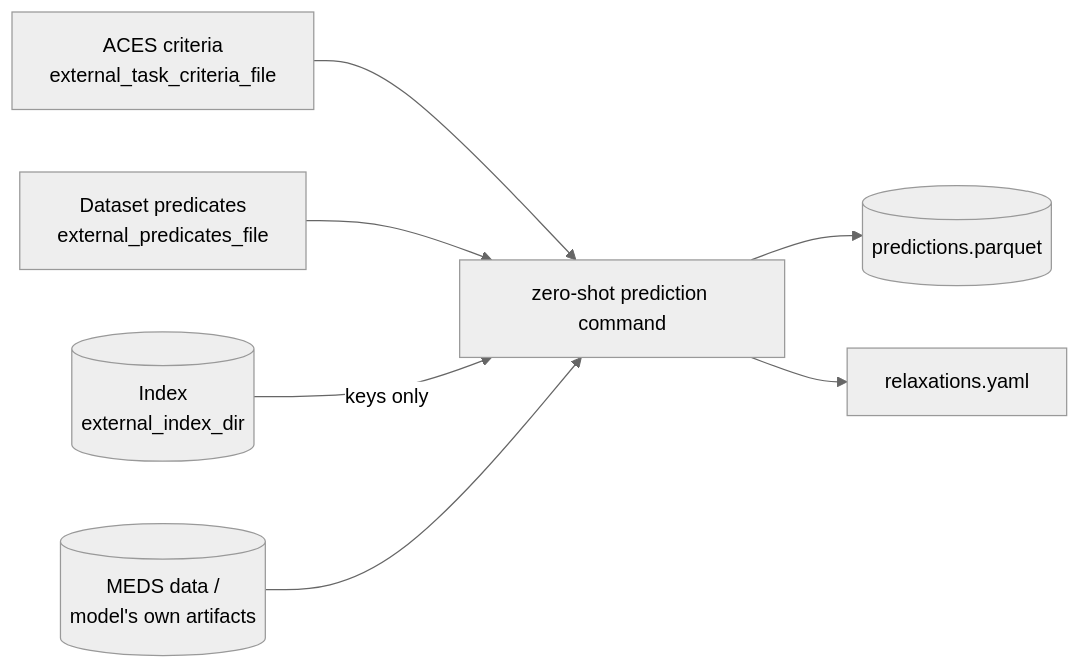
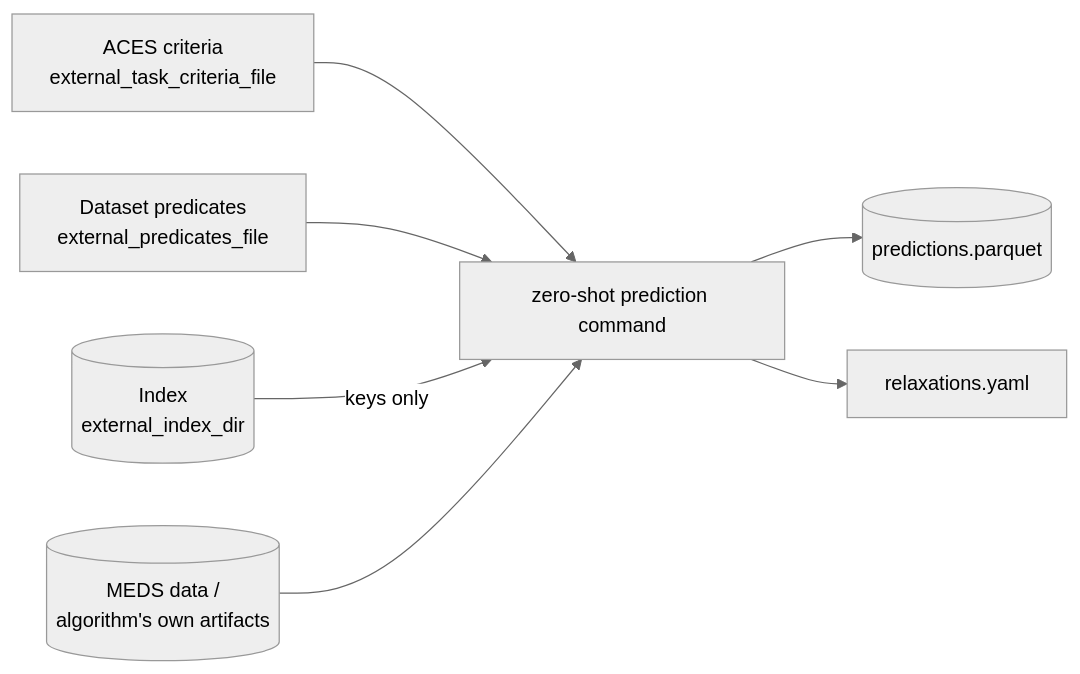
Before and after one commit to McDermottHealthAI/MEDS_algorithm_template: the diagram in docs/zero-shot.md, drawn with Mermaid (neutral theme). The commit also changed other lines of this file and 51 other files, not shown here.

````diff
--- a/docs/zero-shot.md
+++ b/docs/zero-shot.md
@@ -22,9 +22,9 @@
 ```mermaid
 flowchart LR
     crit[ACES criteria<br/>external_task_criteria_file] --> pr
     pred[Dataset predicates<br/>external_predicates_file] --> pr
     idx[(Index<br/>external_index_dir)] -- keys only --> pr
-    data[(MEDS data /<br/>model's own artifacts)] --> pr
+    data[(MEDS data /<br/>algorithm's own artifacts)] --> pr
     pr[zero-shot prediction command] --> out[(predictions.parquet)]
     pr --> led[relaxations.yaml]
 ```
````
